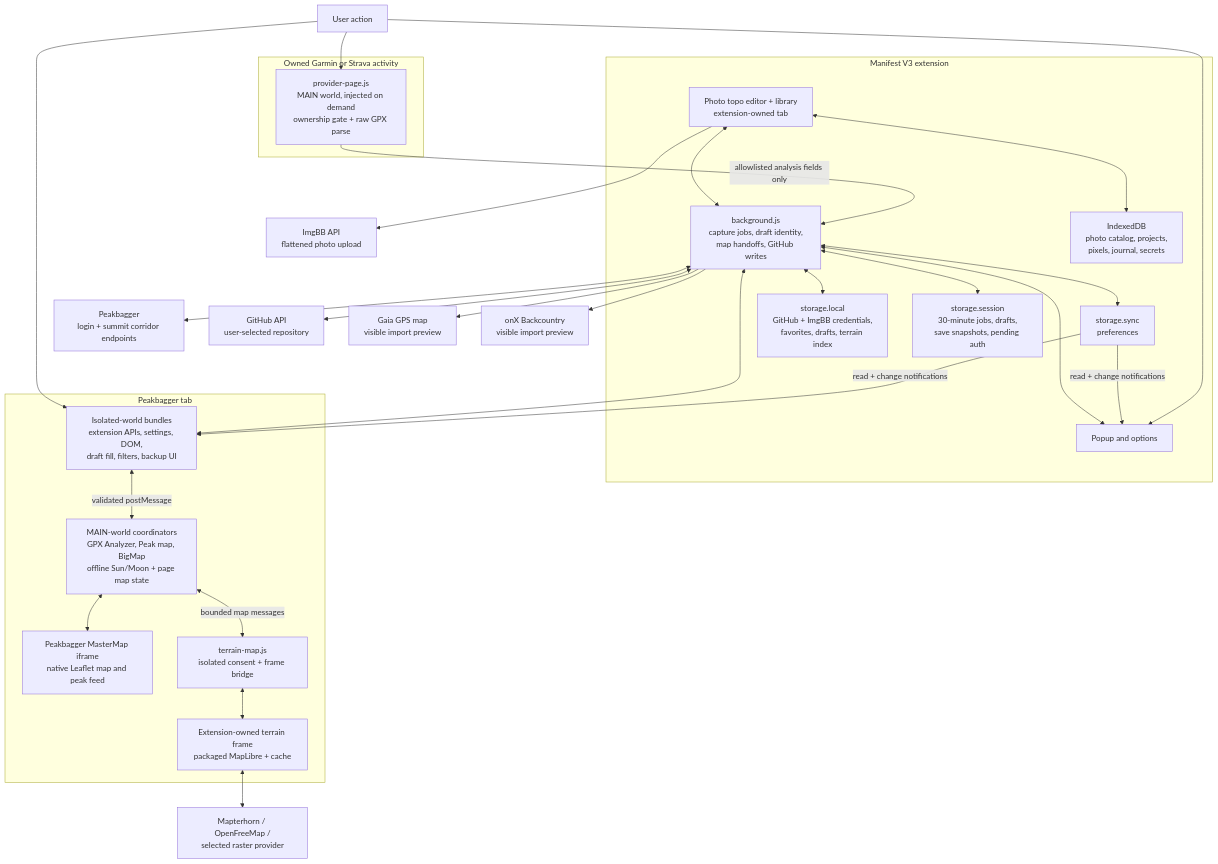
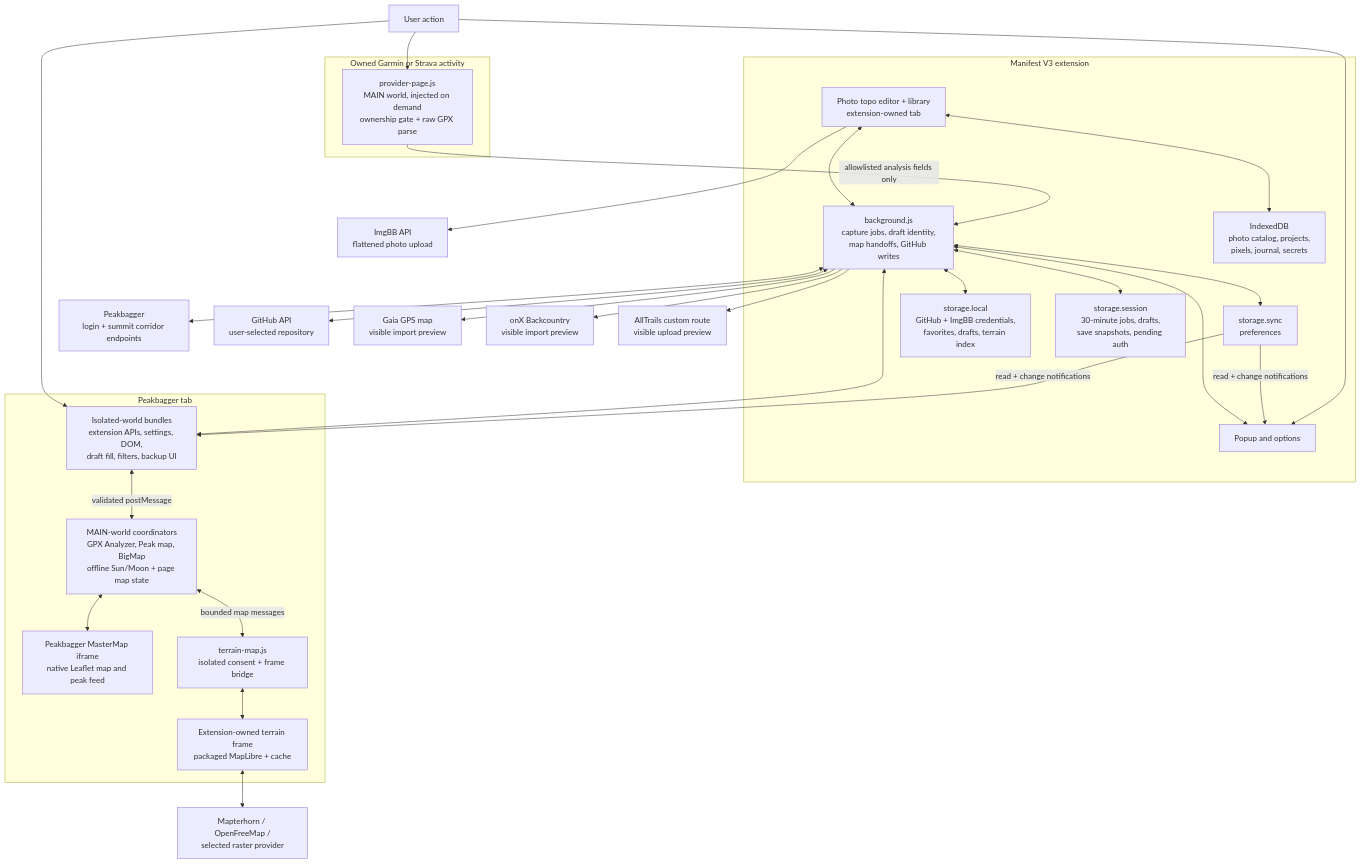
One commit to wilmtang/better-peakbagger changed the first of 2 diagrams in docs/architecture.md. Above: the diagram before and after it, drawn with Mermaid. The commit also changed other lines of this file and 21 other files, not shown here.

````diff
--- a/docs/architecture.md
+++ b/docs/architecture.md
@@ -15,57 +15,59 @@
 ```mermaid
 flowchart TB
     user["User action"]
 
     subgraph provider["Owned Garmin or Strava activity"]
         providerPage["provider-page.js<br/>MAIN world, injected on demand<br/>ownership gate + raw GPX parse"]
     end
 
     subgraph extension["Manifest V3 extension"]
         popup["Popup and options"]
         worker["background.js<br/>capture jobs, draft identity,<br/>map handoffs, GitHub writes"]
         photoPage["Photo topo editor + library<br/>extension-owned tab"]
         photoDb["IndexedDB<br/>photo catalog, projects,<br/>pixels, journal, secrets"]
         sync["storage.sync<br/>preferences"]
         local["storage.local<br/>GitHub + ImgBB credentials,<br/>favorites, drafts, terrain index"]
         session["storage.session<br/>30-minute jobs, drafts,<br/>save snapshots, pending auth"]
     end
 
     subgraph peakbagger["Peakbagger tab"]
         isolated["Isolated-world bundles<br/>extension APIs, settings, DOM,<br/>draft fill, filters, backup UI"]
         main["MAIN-world coordinators<br/>GPX Analyzer, Peak map, BigMap<br/>offline Sun/Moon + page map state"]
         master["Peakbagger MasterMap iframe<br/>native Leaflet map and peak feed"]
         terrainBridge["terrain-map.js<br/>isolated consent + frame bridge"]
         terrainFrame["Extension-owned terrain frame<br/>packaged MapLibre + cache"]
     end
 
     peakApi["Peakbagger<br/>login + summit corridor endpoints"]
     imgbb["ImgBB API<br/>flattened photo upload"]
     github["GitHub API<br/>user-selected repository"]
     gaia["Gaia GPS map<br/>visible import preview"]
     onx["onX Backcountry<br/>visible import preview"]
+    alltrails["AllTrails custom route<br/>visible upload preview"]
     tiles["Mapterhorn / OpenFreeMap /<br/>selected raster provider"]
 
     user --> providerPage
     user --> isolated
     user --> popup
     providerPage -- "allowlisted analysis fields only" --> worker
     isolated <--> worker
     popup <--> worker
     photoPage <--> worker
     photoPage <--> photoDb
     photoPage --> imgbb
     sync -- "read + change notifications" --> popup
     sync -- "read + change notifications" --> isolated
     worker <--> sync
     worker <--> session
     worker <--> local
     worker <--> peakApi
     worker <--> github
     worker --> gaia
     worker --> onx
+    worker --> alltrails
     isolated <-->|"validated postMessage"| main
     main <--> master
     main <-->|"bounded map messages"| terrainBridge
     terrainBridge <--> terrainFrame
     terrainFrame <--> tiles
 ```
````
